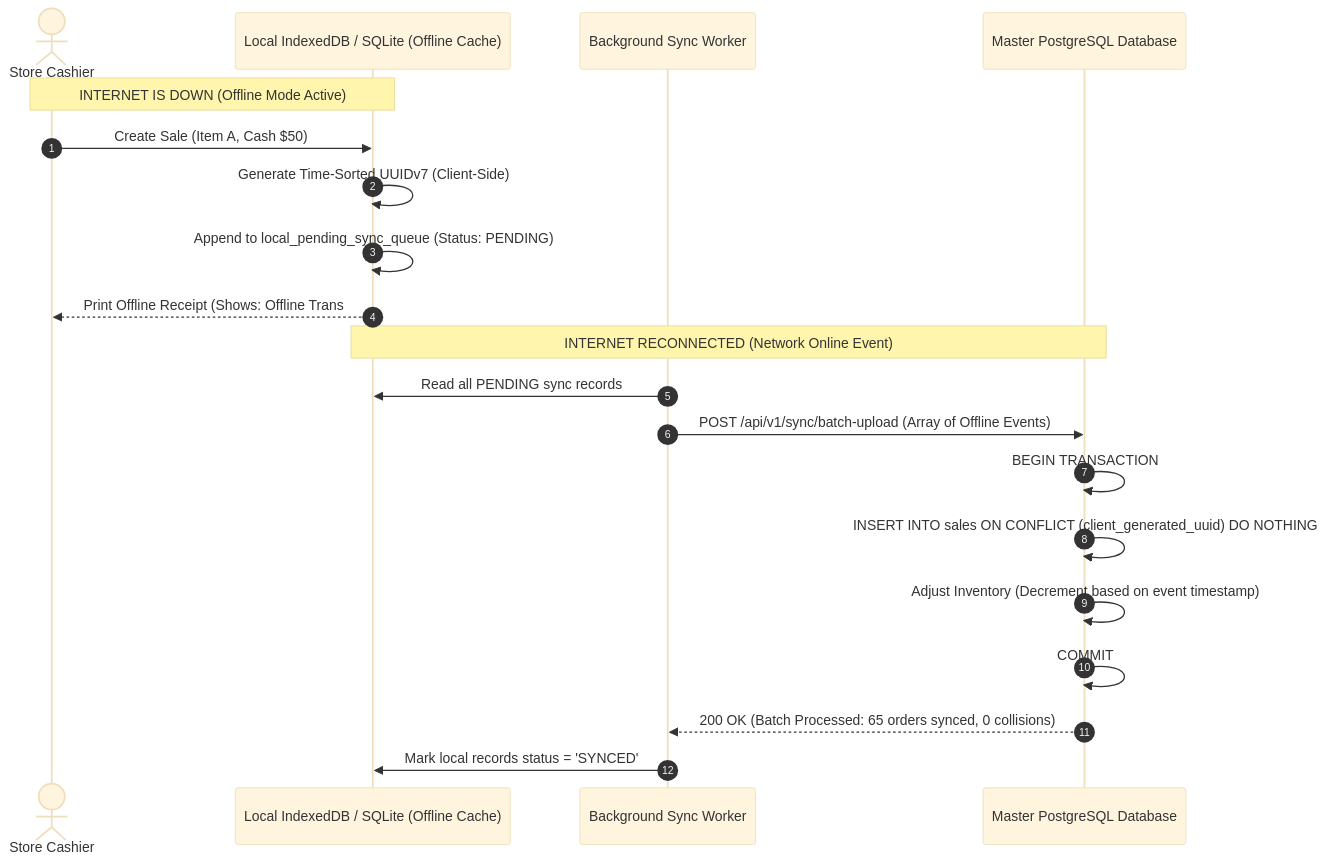
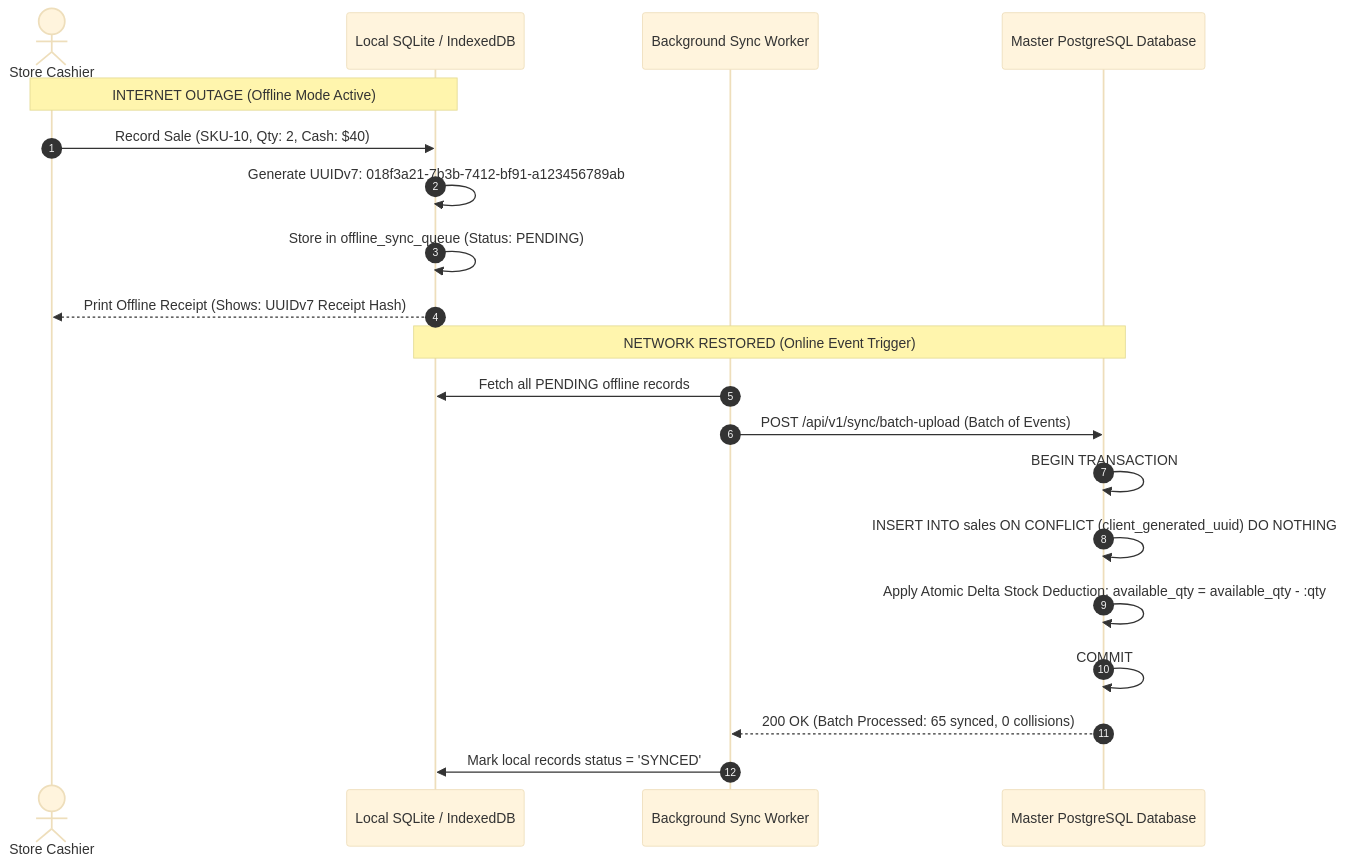
One commit to reviveproject4-source/OpenBSA changed the diagram in 06-edge-cases-and-anti-failure/09-offline-first-sync-and-conflict-resolution.md. Above: the diagram before and after it, drawn with Mermaid (base theme). The commit also changed other lines of this file and 18 other files, not shown here.

````diff
--- a/06-edge-cases-and-anti-failure/09-offline-first-sync-and-conflict-resolution.md
+++ b/06-edge-cases-and-anti-failure/09-offline-first-sync-and-conflict-resolution.md
@@ -18,26 +29,26 @@
 ```mermaid
 sequenceDiagram
     autonumber
     actor Cashier as Store Cashier
-    participant LocalDB as Local IndexedDB / SQLite (Offline Cache)
+    participant LocalDB as Local SQLite / IndexedDB
     participant SyncWorker as Background Sync Worker
     participant CloudDB as Master PostgreSQL Database
 
-    Note over Cashier,LocalDB: INTERNET IS DOWN (Offline Mode Active)
-    Cashier->>LocalDB: Create Sale (Item A, Cash $50)
-    LocalDB->>LocalDB: Generate Time-Sorted UUIDv7 (Client-Side)
-    LocalDB->>LocalDB: Append to local_pending_sync_queue (Status: PENDING)
-    LocalDB-->>Cashier: Print Offline Receipt (Shows: Offline Trans #uuid-v7)
+    Note over Cashier,LocalDB: INTERNET OUTAGE (Offline Mode Active)
+    Cashier->>LocalDB: Record Sale (SKU-10, Qty: 2, Cash: $40)
+    LocalDB->>LocalDB: Generate UUIDv7: 018f3a21-7b3b-7412-bf91-a123456789ab
+    LocalDB->>LocalDB: Store in offline_sync_queue (Status: PENDING)
+    LocalDB-->>Cashier: Print Offline Receipt (Shows: UUIDv7 Receipt Hash)
 
-    Note over LocalDB,CloudDB: INTERNET RECONNECTED (Network Online Event)
-    SyncWorker->>LocalDB: Read all PENDING sync records
-    SyncWorker->>CloudDB: POST /api/v1/sync/batch-upload (Array of Offline Events)
-    
+    Note over LocalDB,CloudDB: NETWORK RESTORED (Online Event Trigger)
+    SyncWorker->>LocalDB: Fetch all PENDING offline records
+    SyncWorker->>CloudDB: POST /api/v1/sync/batch-upload (Batch of Events)
+
     CloudDB->>CloudDB: BEGIN TRANSACTION;
     CloudDB->>CloudDB: INSERT INTO sales ON CONFLICT (client_generated_uuid) DO NOTHING;
-    CloudDB->>CloudDB: Adjust Inventory (Decrement based on event timestamp);
+    CloudDB->>CloudDB: Apply Atomic Delta Stock Deduction: available_qty = available_qty - :qty;
     CloudDB->>CloudDB: COMMIT;
 
-    CloudDB-->>SyncWorker: 200 OK (Batch Processed: 65 orders synced, 0 collisions)
+    CloudDB-->>SyncWorker: 200 OK (Batch Processed: 65 synced, 0 collisions)
     SyncWorker->>LocalDB: Mark local records status = 'SYNCED'
 ```
````
